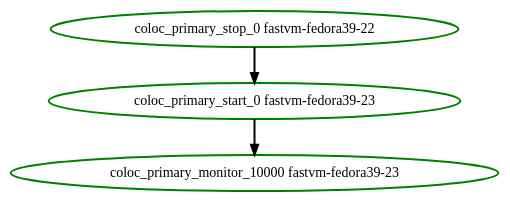
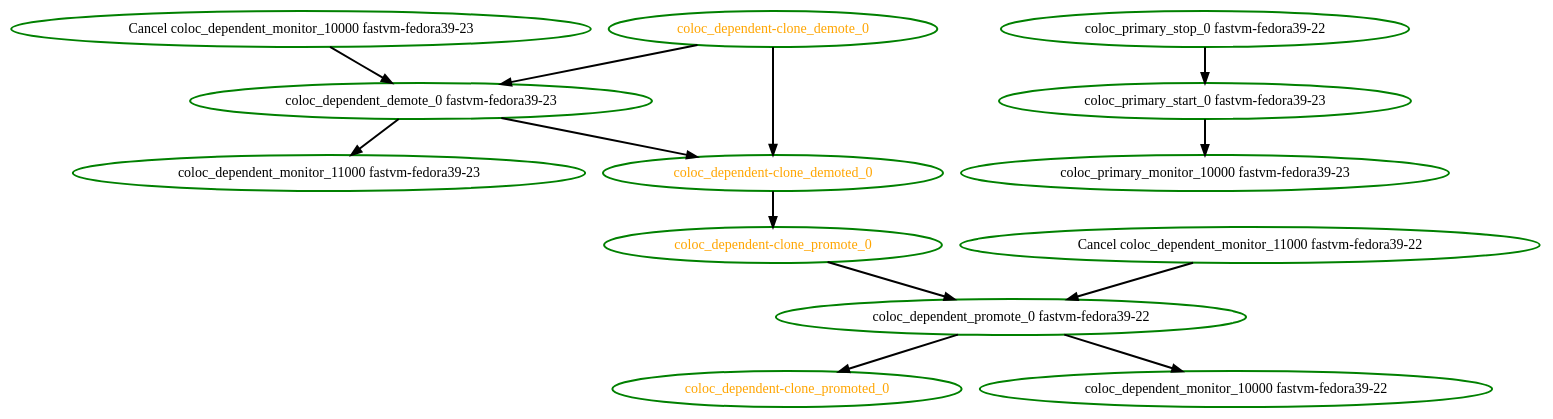
Before and after one commit to ClusterLabs/pacemaker: the diagram in cts/scheduler/dot/coloc-optional-promoted-dependent-moves-1.dot, drawn with Graphviz. The commit also changed 12 other files, not shown here.

```diff
--- a/cts/scheduler/dot/coloc-optional-promoted-dependent-moves-1.dot
+++ b/cts/scheduler/dot/coloc-optional-promoted-dependent-moves-1.dot
@@ -1,7 +1,27 @@
  digraph "g" {
+"Cancel coloc_dependent_monitor_10000 fastvm-fedora39-23" -> "coloc_dependent_demote_0 fastvm-fedora39-23" [ style = bold]
+"Cancel coloc_dependent_monitor_10000 fastvm-fedora39-23" [ style=bold color="green" fontcolor="black"]
+"Cancel coloc_dependent_monitor_11000 fastvm-fedora39-22" -> "coloc_dependent_promote_0 fastvm-fedora39-22" [ style = bold]
+"Cancel coloc_dependent_monitor_11000 fastvm-fedora39-22" [ style=bold color="green" fontcolor="black"]
+"coloc_dependent-clone_demote_0" -> "coloc_dependent-clone_demoted_0" [ style = bold]
+"coloc_dependent-clone_demote_0" -> "coloc_dependent_demote_0 fastvm-fedora39-23" [ style = bold]
+"coloc_dependent-clone_demote_0" [ style=bold color="green" fontcolor="orange"]
+"coloc_dependent-clone_demoted_0" -> "coloc_dependent-clone_promote_0" [ style = bold]
+"coloc_dependent-clone_demoted_0" [ style=bold color="green" fontcolor="orange"]
+"coloc_dependent-clone_promote_0" -> "coloc_dependent_promote_0 fastvm-fedora39-22" [ style = bold]
+"coloc_dependent-clone_promote_0" [ style=bold color="green" fontcolor="orange"]
+"coloc_dependent-clone_promoted_0" [ style=bold color="green" fontcolor="orange"]
+"coloc_dependent_demote_0 fastvm-fedora39-23" -> "coloc_dependent-clone_demoted_0" [ style = bold]
+"coloc_dependent_demote_0 fastvm-fedora39-23" -> "coloc_dependent_monitor_11000 fastvm-fedora39-23" [ style = bold]
+"coloc_dependent_demote_0 fastvm-fedora39-23" [ style=bold color="green" fontcolor="black"]
+"coloc_dependent_monitor_10000 fastvm-fedora39-22" [ style=bold color="green" fontcolor="black"]
+"coloc_dependent_monitor_11000 fastvm-fedora39-23" [ style=bold color="green" fontcolor="black"]
+"coloc_dependent_promote_0 fastvm-fedora39-22" -> "coloc_dependent-clone_promoted_0" [ style = bold]
+"coloc_dependent_promote_0 fastvm-fedora39-22" -> "coloc_dependent_monitor_10000 fastvm-fedora39-22" [ style = bold]
+"coloc_dependent_promote_0 fastvm-fedora39-22" [ style=bold color="green" fontcolor="black"]
 "coloc_primary_monitor_10000 fastvm-fedora39-23" [ style=bold color="green" fontcolor="black"]
 "coloc_primary_start_0 fastvm-fedora39-23" -> "coloc_primary_monitor_10000 fastvm-fedora39-23" [ style = bold]
 "coloc_primary_start_0 fastvm-fedora39-23" [ style=bold color="green" fontcolor="black"]
 "coloc_primary_stop_0 fastvm-fedora39-22" -> "coloc_primary_start_0 fastvm-fedora39-23" [ style = bold]
 "coloc_primary_stop_0 fastvm-fedora39-22" [ style=bold color="green" fontcolor="black"]
 }
```
